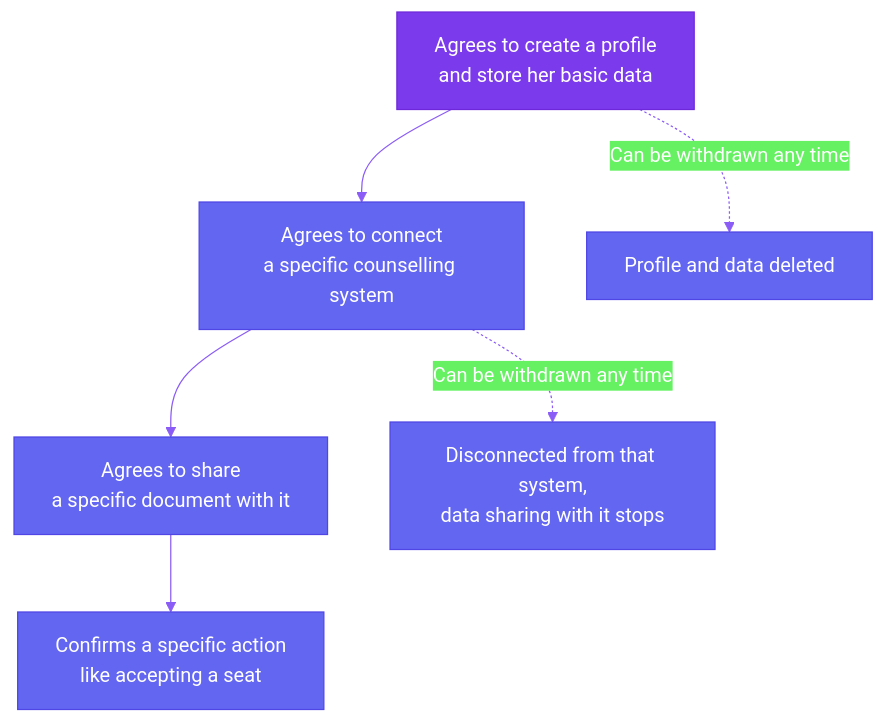
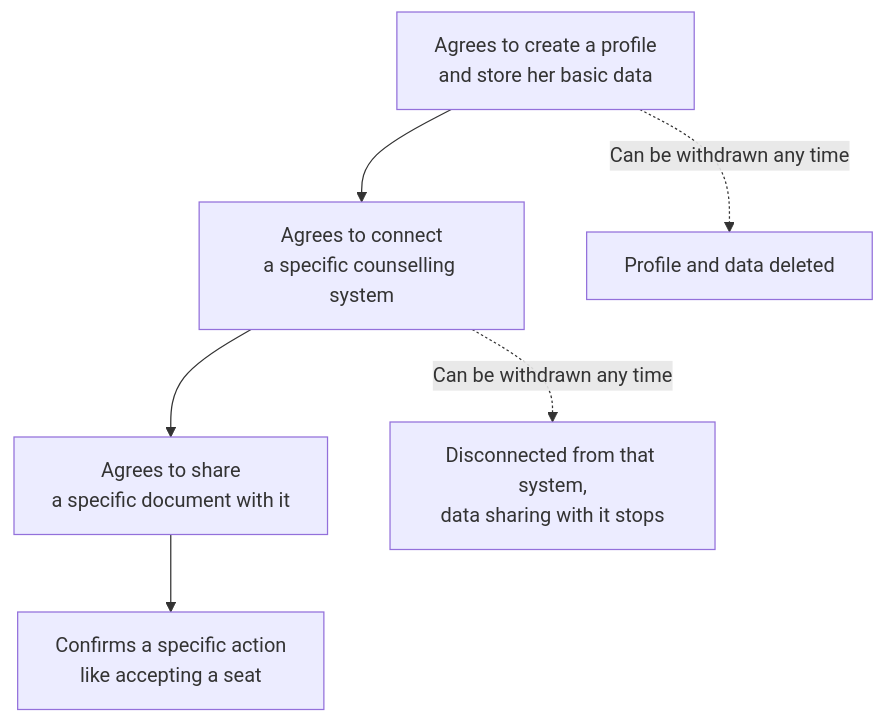
The diagram in the-problem/how-superadmission-protects-student-data.mdx (aashrutsharma/whitepaper), drawn with Mermaid before and after one commit. The commit also changed other lines of this file and 16 other files, not shown here.

````diff
--- a/the-problem/how-superadmission-protects-student-data.mdx
+++ b/the-problem/how-superadmission-protects-student-data.mdx
@@ -70,22 +62,11 @@
 ```mermaid
-%%{init: {
-  'theme': 'base',
-  'themeVariables': {
-    'primaryColor': '#6366f1',
-    'primaryTextColor': '#ffffff',
-    'primaryBorderColor': '#4f46e5',
-    'lineColor': '#8b5cf6',
-    'background': 'transparent',
-    'fontFamily': 'Inter, sans-serif'
-  }
-}}%%
+
 flowchart TD
     C1["Agrees to create a profile\nand store her basic data"] --> C2["Agrees to connect\na specific counselling system"]
     C2 --> C3["Agrees to share\na specific document with it"]
     C3 --> C4["Confirms a specific action\nlike accepting a seat"]
 
     C1 -.->|Can be withdrawn any time| R1["Profile and data deleted"]
     C2 -.->|Can be withdrawn any time| R2["Disconnected from that system,\ndata sharing with it stops"]
 
-    style C1 fill:#7c3aed,stroke:#6d28d9,color:#fff
 ```
````
